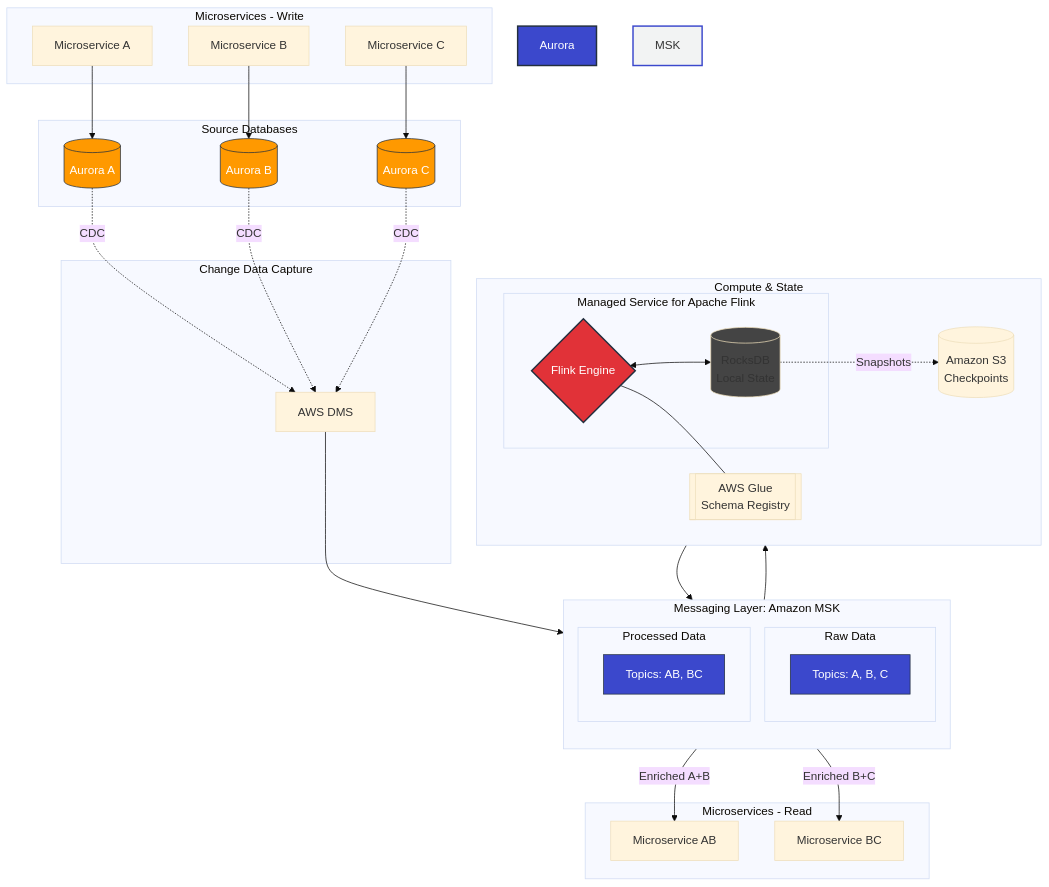
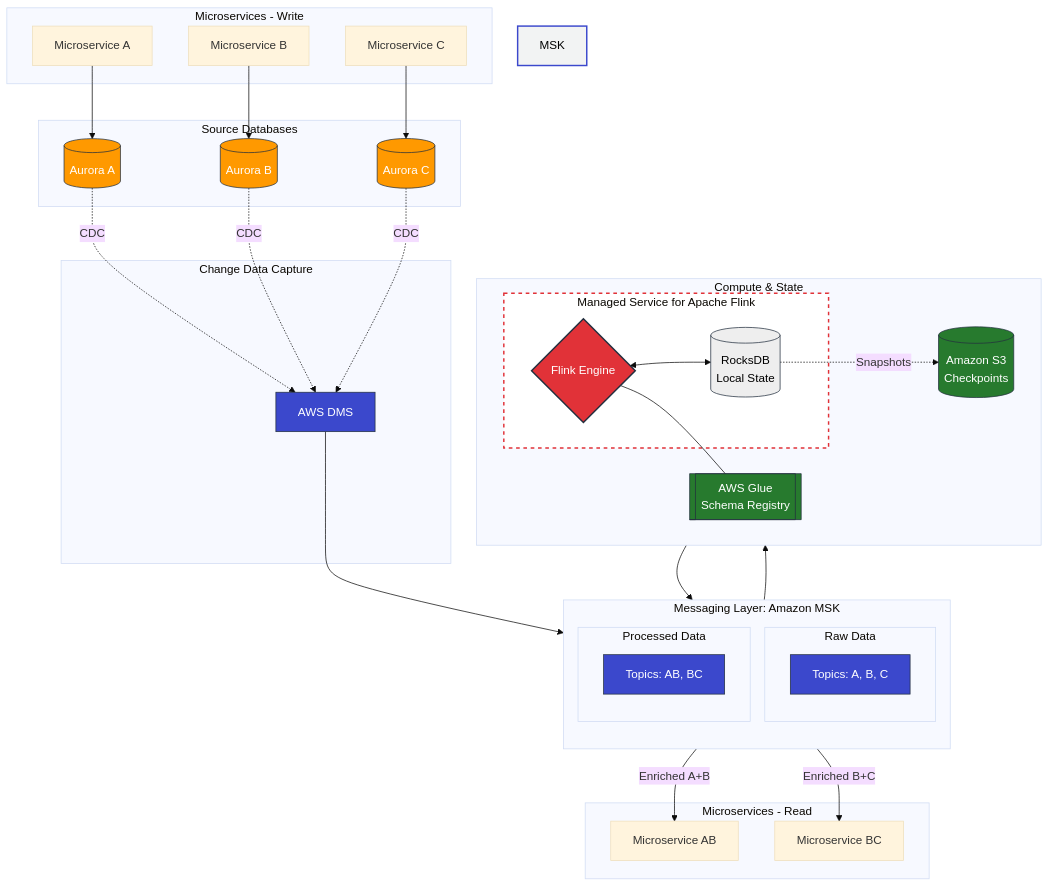
The diagram in diagrams/aws.md (bw-alex-riazanov/event-driven-architecture), drawn with Mermaid (base theme) before and after one commit.

````diff
--- a/diagrams/aws.md
+++ b/diagrams/aws.md
@@ -4,25 +4,25 @@
 ```mermaid
 graph TD
-    %% Группа Продюсеров
+    %% Producers
     subgraph Producers [Microservices - Write]
         A[Microservice A]
         B[Microservice B]
         C[Microservice C]
     end
 
-    %% Группа Баз Данных
+    %% Databases
     subgraph Storage [Source Databases]
         DB_A[(Aurora A)]
         DB_B[(Aurora B)]
         DB_C[(Aurora C)]
     end
 
-    %% Слой CDC
+    %% CDC
     subgraph Ingestion [Change Data Capture]
         DMS[AWS DMS]
     end
 
-    %% Шина Данных
+    %% Messaging
     subgraph Streaming [Messaging Layer: Amazon MSK]
         direction TB
         subgraph RawTopics [Raw Data]
@@ -33,7 +33,7 @@
         end
     end
 
-    %% Процессинг
+    %% Processing
     subgraph Processing [Compute & State]
         direction LR
         subgraph FlinkApp [Managed Service for Apache Flink]
@@ -45,13 +45,13 @@
         S3[(Amazon S3<br/>Checkpoints)]
     end
 
-    %% Потребители
+    %% Consumers
     subgraph Consumers [Microservices - Read]
         MS_AB[Microservice AB]
         MS_BC[Microservice BC]
     end
 
-    %% Потоки данных
+    %% Flows
     A --> DB_A
     B --> DB_B
     C --> DB_C
@@ -68,16 +68,20 @@
     T_Enriched -->|Enriched A+B| MS_AB
     T_Enriched -->|Enriched B+C| MS_BC
 
-    %% Улучшенная стилизация (AWS Colors & Modern UI)
-    style Aurora fill:#3b48cc,stroke:#232f3e,stroke-width:2px,color:#fff
+    %% Styling
     style DB_A fill:#f90,stroke:#232f3e,color:#fff
     style DB_B fill:#f90,stroke:#232f3e,color:#fff
     style DB_C fill:#f90,stroke:#232f3e,color:#fff
     
-    style MSK fill:#f2f3f3,stroke:#3b48cc,stroke-width:2px
+    style MSK fill:#f2f3f3,stroke:#3b48cc,stroke-width:2px,color:#000
     style T_Raw fill:#3b48cc,stroke:#232f3e,color:#fff
     style T_Enriched fill:#3b48cc,stroke:#232f3e,color:#fff
 
     style Flink fill:#e13238,stroke:#232f3e,stroke-width:2px,color:#fff
-    style Rocks fill:#444,stroke:#
+    style Rocks fill:#eeeeee,stroke:#232f3e,stroke-width:1px,color:#000
+    style FlinkApp fill:#fff,stroke:#e13238,stroke-width:2px,stroke-dasharray: 5 5
+    
+    style DMS fill:#3b48cc,stroke:#232f3e,color:#fff
+    style Glue fill:#277a2e,stroke:#232f3e,color:#fff
+    style S3 fill:#277a2e,stroke:#232f3e,color:#fff
 ```
````
